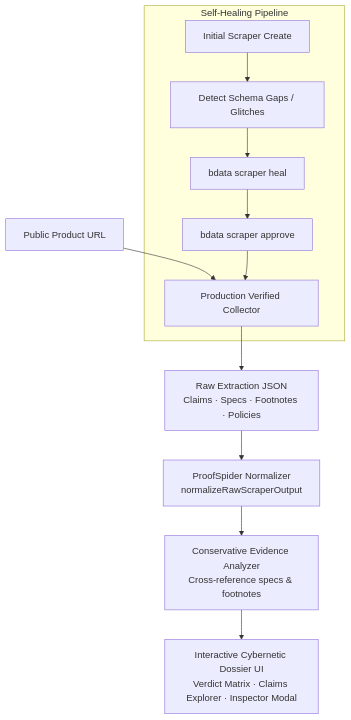
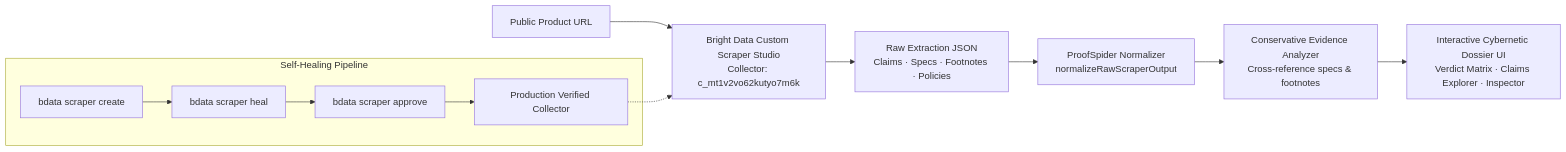
The diagram in README.md (oNk2r/proof-spider), drawn with Mermaid before and after one commit. The commit also changed other lines of this file and 1 other file, not shown here.

Commit message:
docs: replace project description with interface preview and update architecture diagram layout

````diff
--- a/README.md
+++ b/README.md
@@ -33,15 +26,13 @@
 ```mermaid
-flowchart TD
+flowchart LR
   A[Public Product URL] --> B[Bright Data Custom Scraper Studio\nCollector: c_mt1v2vo62kutyo7m6k]
   B --> C[Raw Extraction JSON\nClaims · Specs · Footnotes · Policies]
   C --> D[ProofSpider Normalizer\nnormalizeRawScraperOutput]
   D --> E[Conservative Evidence Analyzer\nCross-reference specs & footnotes]
-  E --> F[Interactive Cybernetic Dossier UI\nVerdict Matrix · Claims Explorer · Inspector Modal]
-  
+  E --> F[Interactive Cybernetic Dossier UI\nVerdict Matrix · Claims Explorer · Inspector]
+
   subgraph Self-Healing Pipeline
-    B1[Initial Scraper Create] --> B2[Detect Schema Gaps / Glitches]
-    B2 --> B3[bdata scraper heal]
-    B3 --> B4[bdata scraper approve]
-    B4 --> B[Production Verified Collector]
+    B1[bdata scraper create] --> B2[bdata scraper heal] --> B3[bdata scraper approve] --> B4[Production Verified Collector]
   end
+  B4 -.-> B
 ```
````
